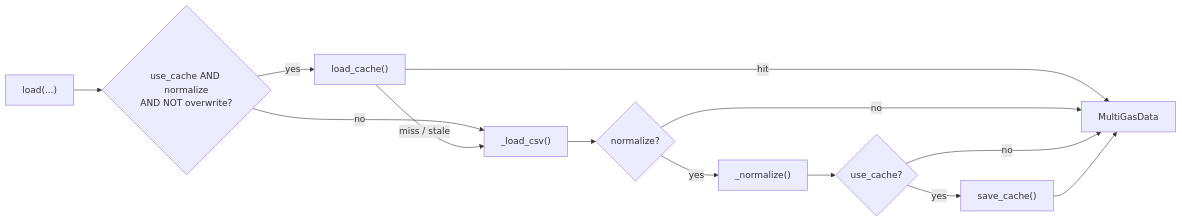
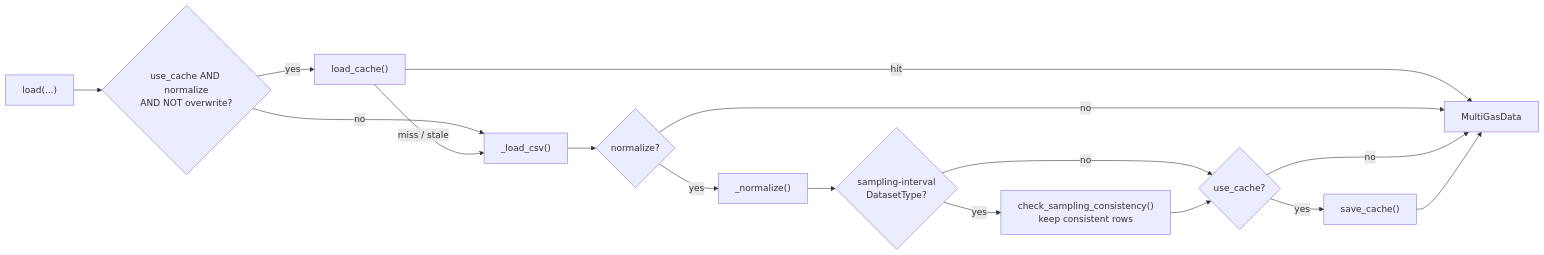
Before and after one commit to martanto/multigas: the diagram in wiki/API-Reference.md, drawn with Mermaid. The commit also changed other lines of this file and 6 other files, not shown here.

````diff
--- a/wiki/API-Reference.md
+++ b/wiki/API-Reference.md
@@ -172,15 +205,18 @@
 ```mermaid
 flowchart LR
     A["load(...)"] --> B{use_cache AND normalize<br/>AND NOT overwrite?}
     B -->|no| E["_load_csv()"]
     B -->|yes| C["load_cache()"]
     C -->|hit| G["MultiGasData"]
     C -->|miss / stale| E
     E --> F{normalize?}
     F -->|yes| H["_normalize()"]
     F -->|no| G
-    H --> I{use_cache?}
+    H --> K{sampling-interval<br/>DatasetType?}
+    K -->|yes| L["check_sampling_consistency()<br/>keep consistent rows"]
+    K -->|no| I
+    L --> I{use_cache?}
     I -->|yes| J["save_cache()"]
     I -->|no| G
     J --> G
 ```
````
